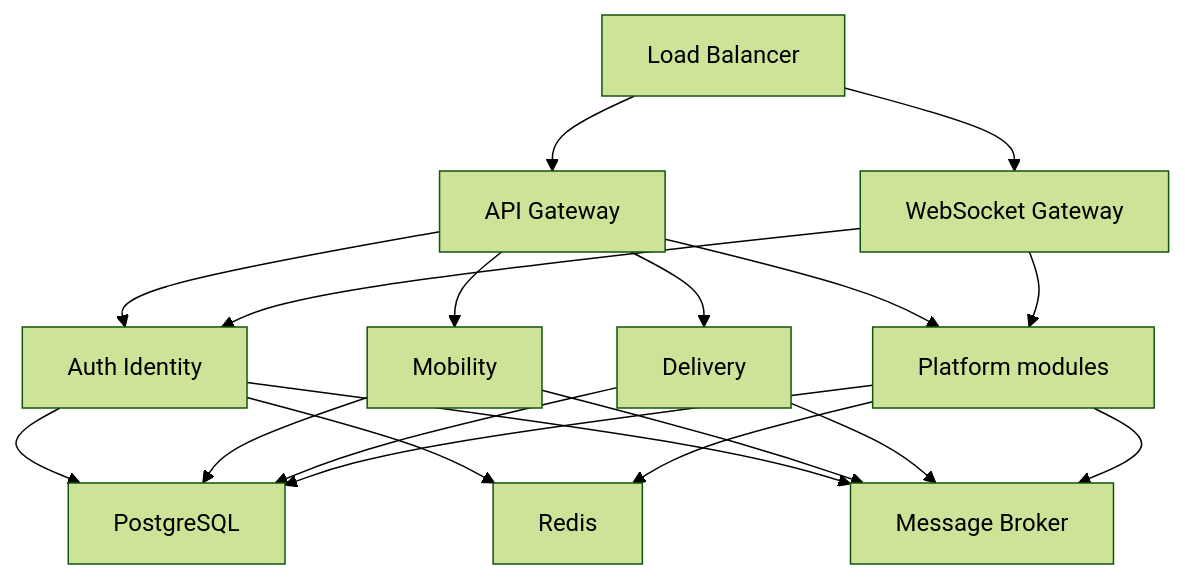
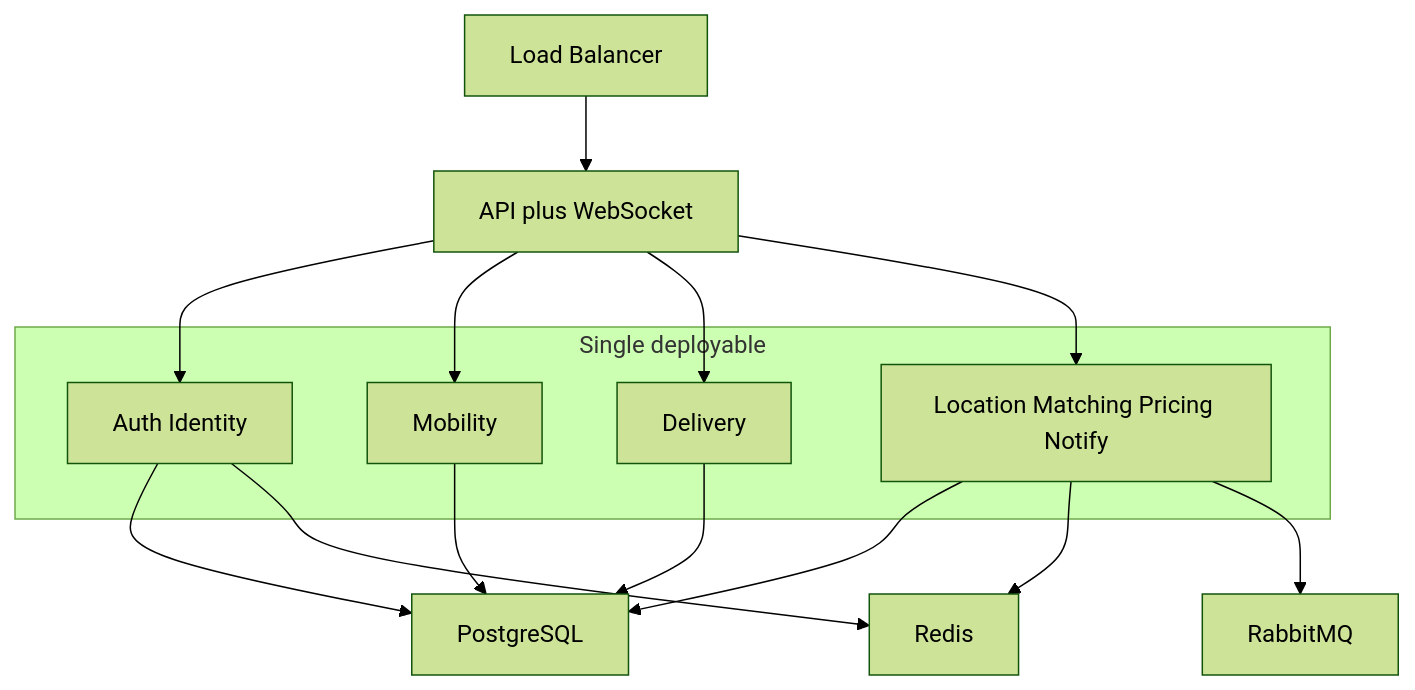
Before and after one commit to mostafiz57/Software-Architecture-Playbook: diagram 17 of 19 in case-studies/mobility-delivery-platform/README.md, drawn with Mermaid (forest theme). The commit also changed other lines of this file, not shown here.

````diff
--- a/case-studies/mobility-delivery-platform/README.md
+++ b/case-studies/mobility-delivery-platform/README.md
@@ -521,21 +533,21 @@
 ```mermaid
 flowchart TB
-  LB["Load Balancer"] --> REST["API Gateway"]
-  LB --> WS["WebSocket Gateway"]
-  REST --> Auth["Auth Identity"]
-  REST --> Mob["Mobility"]
-  REST --> Del["Delivery"]
-  REST --> Plat["Platform modules"]
-  WS --> Auth
-  WS --> Plat
+  LB["Load Balancer"] --> App["API plus WebSocket"]
+  subgraph AppBox["Single deployable"]
+    Auth["Auth Identity"]
+    Mob["Mobility"]
+    Del["Delivery"]
+    Plat["Location Matching Pricing Notify"]
+  end
+  App --> Auth
+  App --> Mob
+  App --> Del
+  App --> Plat
   Auth --> PG["PostgreSQL"]
   Mob --> PG
   Del --> PG
   Plat --> PG
-  Auth --> Redis["Redis"]
-  Plat --> Redis
-  Auth --> MQ["Message Broker"]
-  Mob --> MQ
-  Del --> MQ
-  Plat --> MQ
+  Plat --> Redis["Redis"]
+  Auth --> Redis
+  Plat --> MQ["RabbitMQ"]
 ```
````
